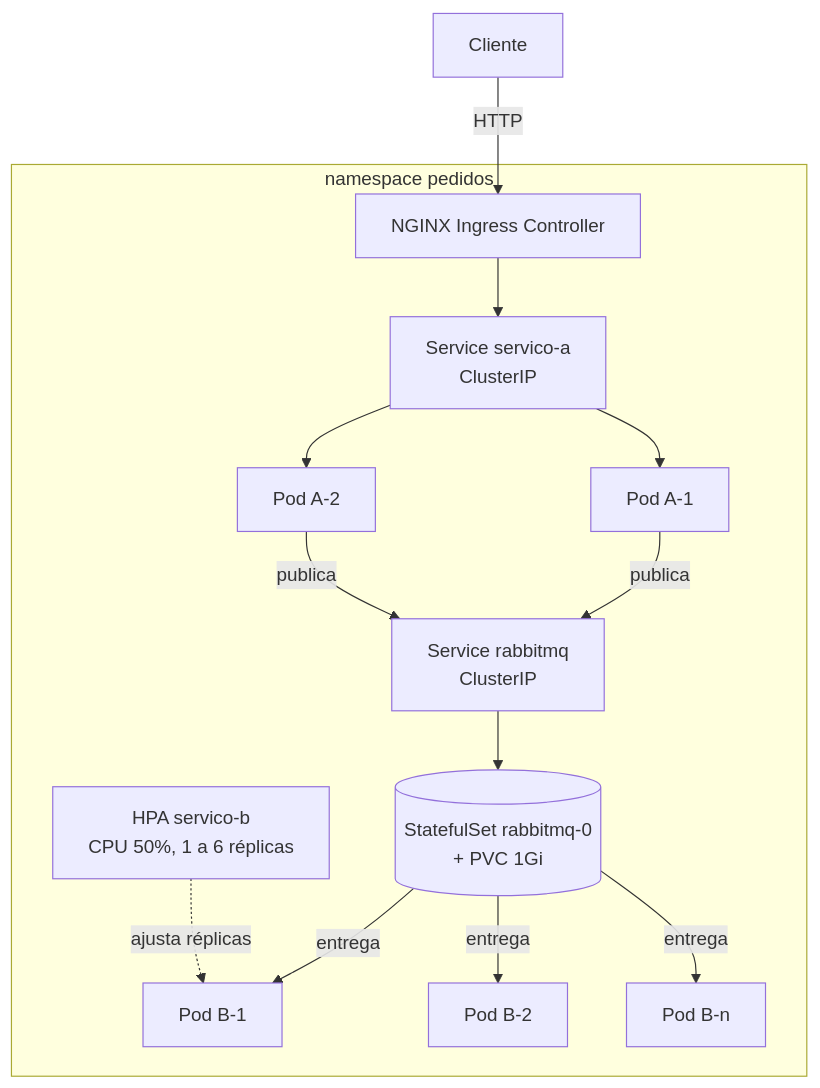
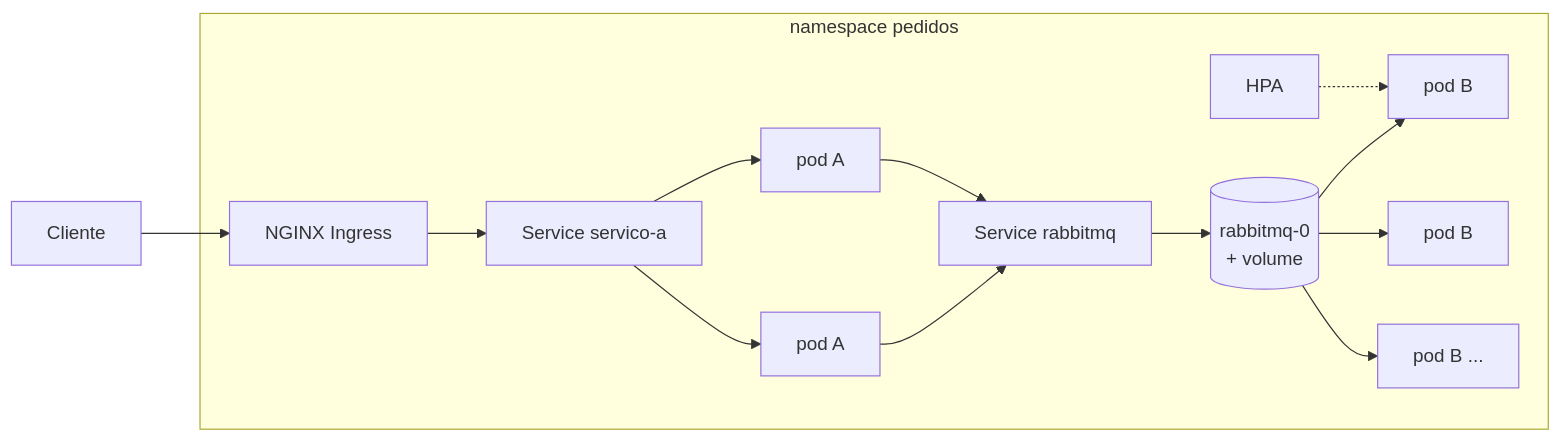
The second of 2 diagrams in docs/arquitetura.md (guigamt/projeto-servicos-nuvem), drawn with Mermaid before and after one commit. The commit also changed other lines of this file and 4 other files, not shown here.

````diff
--- a/docs/arquitetura.md
+++ b/docs/arquitetura.md
@@ -27,12 +21,12 @@
 ```mermaid
-flowchart TB
-    C[Cliente] -- HTTP --> I[NGINX Ingress Controller]
-    subgraph ns [namespace pedidos]
-        I --> SA[Service servico-a<br>ClusterIP]
-        SA --> A1[Pod A-1] & A2[Pod A-2]
-        A1 & A2 -- publica --> SR[Service rabbitmq<br>ClusterIP]
-        SR --> R[(StatefulSet rabbitmq-0<br>+ PVC 1Gi)]
-        R -- entrega --> B1[Pod B-1] & B2[Pod B-2] & Bn[Pod B-n]
-        HPA[HPA servico-b<br>CPU 50%, 1 a 6 réplicas] -. ajusta réplicas .-> B1
+flowchart LR
+    C[Cliente] --> I[NGINX Ingress]
+    subgraph namespace pedidos
+        I --> SA[Service servico-a]
+        SA --> A1[pod A] & A2[pod A]
+        A1 & A2 --> SR[Service rabbitmq]
+        SR --> R[(rabbitmq-0<br>+ volume)]
+        R --> B1[pod B] & B2[pod B] & B3[pod B ...]
+        H[HPA] -.-> B1
     end
 ```
````
